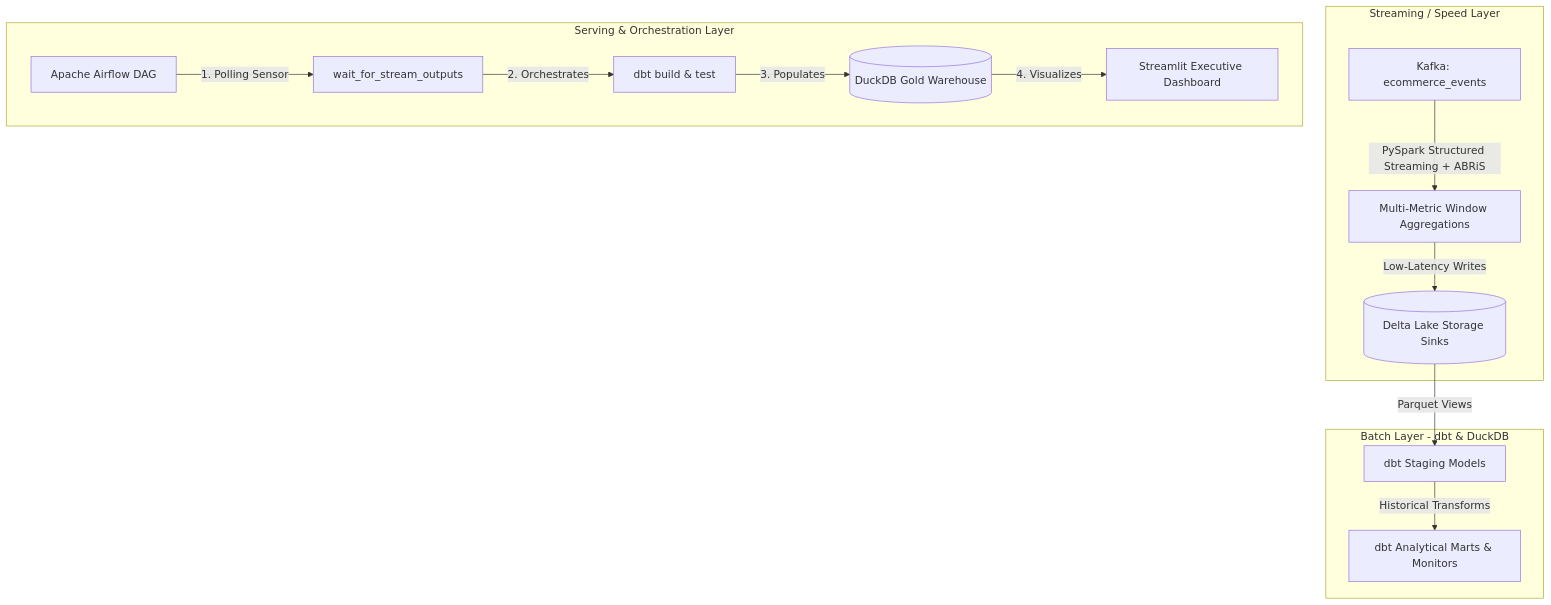
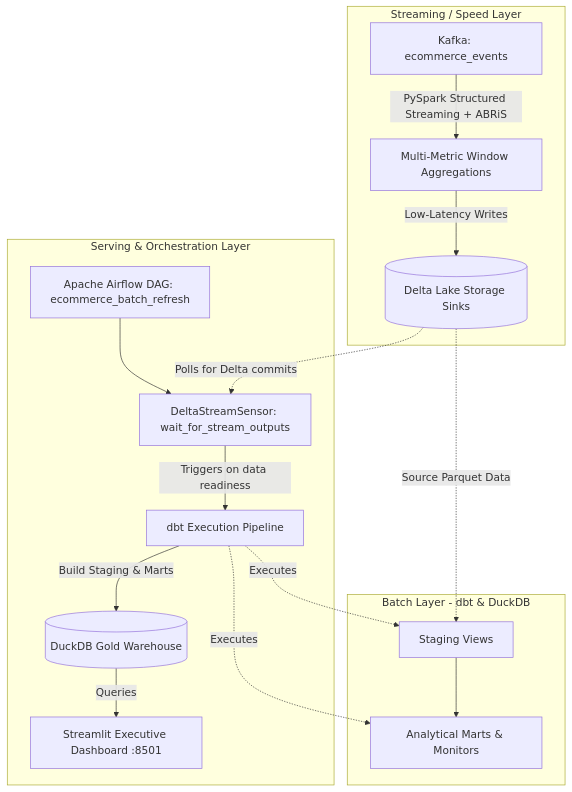
The diagram in projects/realtime/ecommerce/README.md (JayKay24/data-engineering), drawn with Mermaid before and after one commit. The commit also changed other lines of this file and 1 other file, not shown here.

First line of the commit message:
docs(ecommerce): refine architecture diagrams, relative paths, and metric documentation

````diff
--- a/projects/realtime/ecommerce/README.md
+++ b/projects/realtime/ecommerce/README.md
@@ -5,19 +5,22 @@
 ```mermaid
 flowchart TD
     subgraph Speed Layer [Streaming / Speed Layer]
         K[Kafka: ecommerce_events] -->|PySpark Structured Streaming + ABRiS| SS[Multi-Metric Window Aggregations]
         SS -->|Low-Latency Writes| DL[(Delta Lake Storage Sinks)]
     end
 
-    subgraph Batch Layer [Batch Layer - dbt & DuckDB]
-        DL -->|Parquet Views| STG[dbt Staging Models]
-        STG -->|Historical Transforms| MARTS[dbt Analytical Marts & Monitors]
+    subgraph Serving & Orchestration [Serving & Orchestration Layer]
+        AF[Apache Airflow DAG: ecommerce_batch_refresh] --> SENSOR[DeltaStreamSensor: wait_for_stream_outputs]
+        DL -.->|Polls for Delta commits| SENSOR
+        SENSOR -->|Triggers on data readiness| DBT[dbt Execution Pipeline]
+        DBT -->|Build Staging & Marts| DUCK[(DuckDB Gold Warehouse)]
+        DUCK -->|Queries| VIZ[Streamlit Executive Dashboard :8501]
     end
 
-    subgraph Serving & Orchestration [Serving & Orchestration Layer]
-        AF[Apache Airflow DAG] -->|1. Polling Sensor| WAIT[wait_for_stream_outputs]
-        WAIT -->|2. Orchestrates| DBT_RUN[dbt build & test]
-        DBT_RUN -->|3. Populates| DUCK[(DuckDB Gold Warehouse)]
-        DUCK -->|4. Visualizes| VIZ[Streamlit Executive Dashboard]
+    subgraph Batch Layer [Batch Layer - dbt & DuckDB]
+        DBT -.->|Executes| STG[Staging Views]
+        DBT -.->|Executes| MARTS[Analytical Marts & Monitors]
+        DL -.->|Source Parquet Data| STG
+        STG --> MARTS
     end
 ```
````
